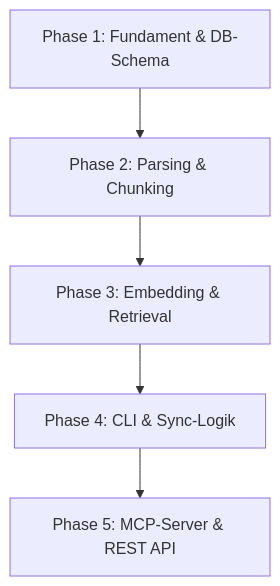
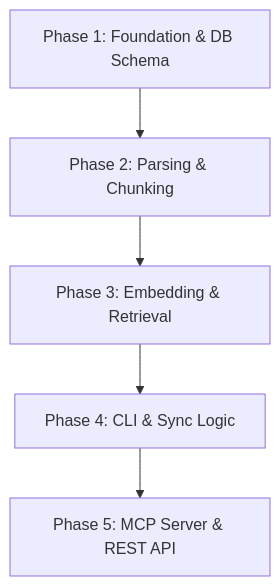
Before and after one commit to danieljustus/symaira-seek: the diagram in ARCHITECTURE_PLAN.md, drawn with Mermaid. The commit also changed other lines of this file and 3 other files, not shown here.

````diff
--- a/ARCHITECTURE_PLAN.md
+++ b/ARCHITECTURE_PLAN.md
@@ -11,7 +11,7 @@
 ```mermaid
 graph TD
-    P1[Phase 1: Fundament & DB-Schema] --> P2[Phase 2: Parsing & Chunking]
+    P1[Phase 1: Foundation & DB Schema] --> P2[Phase 2: Parsing & Chunking]
     P2 --> P3[Phase 3: Embedding & Retrieval]
-    P3 --> P4[Phase 4: CLI & Sync-Logik]
-    P4 --> P5[Phase 5: MCP-Server & REST API]
+    P3 --> P4[Phase 4: CLI & Sync Logic]
+    P4 --> P5[Phase 5: MCP Server & REST API]
 ```
````
